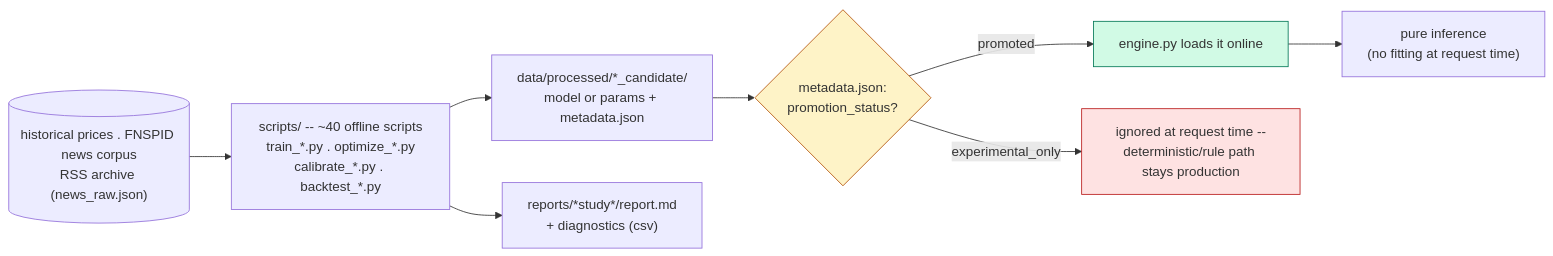
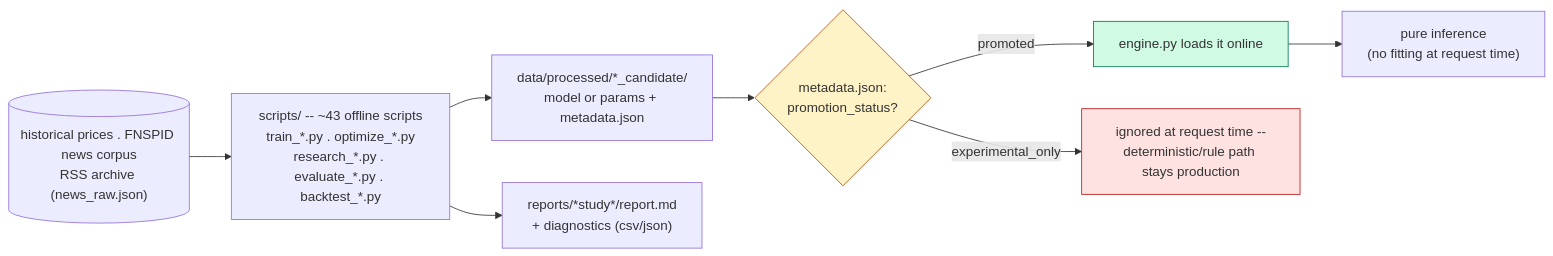
One commit to lmh202/finance_prj changed the third of 3 diagrams in docs/AURORA-system-architecture.md. Above: the diagram before and after it, drawn with Mermaid. The commit also changed other lines of this file and 1 other file, not shown here.

Commit message:
initial poster draft added. updated docs/AURORA-system-architecture.md

````diff
--- a/docs/AURORA-system-architecture.md
+++ b/docs/AURORA-system-architecture.md
@@ -414,20 +446,20 @@
 ```mermaid
 flowchart LR
     RAW[("historical prices . FNSPID news corpus<br/>RSS archive (news_raw.json)")]
 
-    RAW --> SCRIPTS["scripts/ -- ~40 offline scripts<br/>train_*.py . optimize_*.py<br/>calibrate_*.py . backtest_*.py"]
+    RAW --> SCRIPTS["scripts/ -- ~43 offline scripts<br/>train_*.py . optimize_*.py<br/>research_*.py . evaluate_*.py . backtest_*.py"]
 
     SCRIPTS --> CAND["data/processed/*_candidate/<br/>model or params + metadata.json"]
-    SCRIPTS --> REP["reports/*study*/report.md<br/>+ diagnostics (csv)"]
+    SCRIPTS --> REP["reports/*study*/report.md<br/>+ diagnostics (csv/json)"]
 
     CAND --> GATE{"metadata.json:<br/>promotion_status?"}
 
     GATE -->|promoted| LIVE["engine.py loads it online"]
     GATE -->|experimental_only| SHELF["ignored at request time --<br/>deterministic/rule path stays production"]
 
     LIVE --> INFER["pure inference<br/>(no fitting at request time)"]
 
     style GATE fill:#FEF3C7,stroke:#B45309
     style LIVE fill:#D1FAE5,stroke:#047857
     style SHELF fill:#FEE2E2,stroke:#B91C1C
 ```
````
